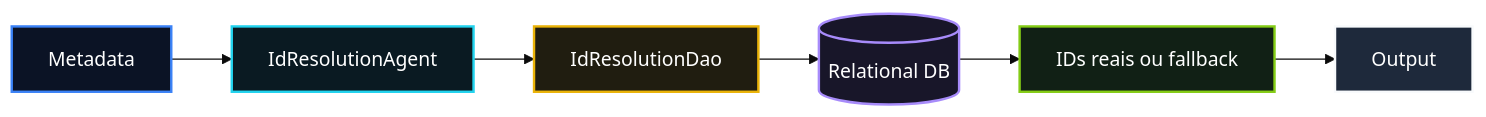
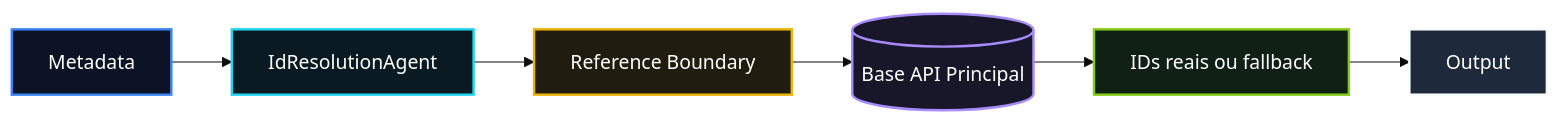
Before and after one commit to matheusdiamantino-betalent/questions-ai: the diagram in PR 64 — Fase 2: Primeiro Lookup Real de IDs via Base Relacional.md, drawn with Mermaid (base theme). The commit also changed other lines of this file, not shown here.

Commit message:
Update PR 64 — Fase 2: Primeiro Lookup Real de IDs via Base Relacional.md

````diff
--- a/PR 64 — Fase 2: Primeiro Lookup Real de IDs via Base Relacional.md
+++ b/PR 64 — Fase 2: Primeiro Lookup Real de IDs via Base Relacional.md
@@ -78,22 +79,22 @@
 ```mermaid
 flowchart LR
     A[Metadata] --> B[IdResolutionAgent]
-    B --> C[IdResolutionDao]
-    C --> D[(Relational DB)]
+    B --> C[Reference Boundary]
+    C --> D[(Base API Principal)]
     D --> E[IDs reais ou fallback]
     E --> F[Output]
 
     classDef step1 fill:#0b1325,stroke:#3b82f6,stroke-width:2px,color:#ffffff;
     classDef step2 fill:#0a1a22,stroke:#22d3ee,stroke-width:2px,color:#ffffff;
     classDef step3 fill:#201d10,stroke:#eab308,stroke-width:2px,color:#ffffff;
     classDef step4 fill:#181629,stroke:#a78bfa,stroke-width:2px,color:#ffffff;
     classDef step5 fill:#112015,stroke:#84cc16,stroke-width:2px,color:#ffffff;
     classDef step6 fill:#1e293b,stroke:#f8fafc,stroke-width:2px,color:#ffffff;
 
     class A step1;
     class B step2;
     class C step3;
     class D step4;
     class E step5;
     class F step6;
 ```
````
